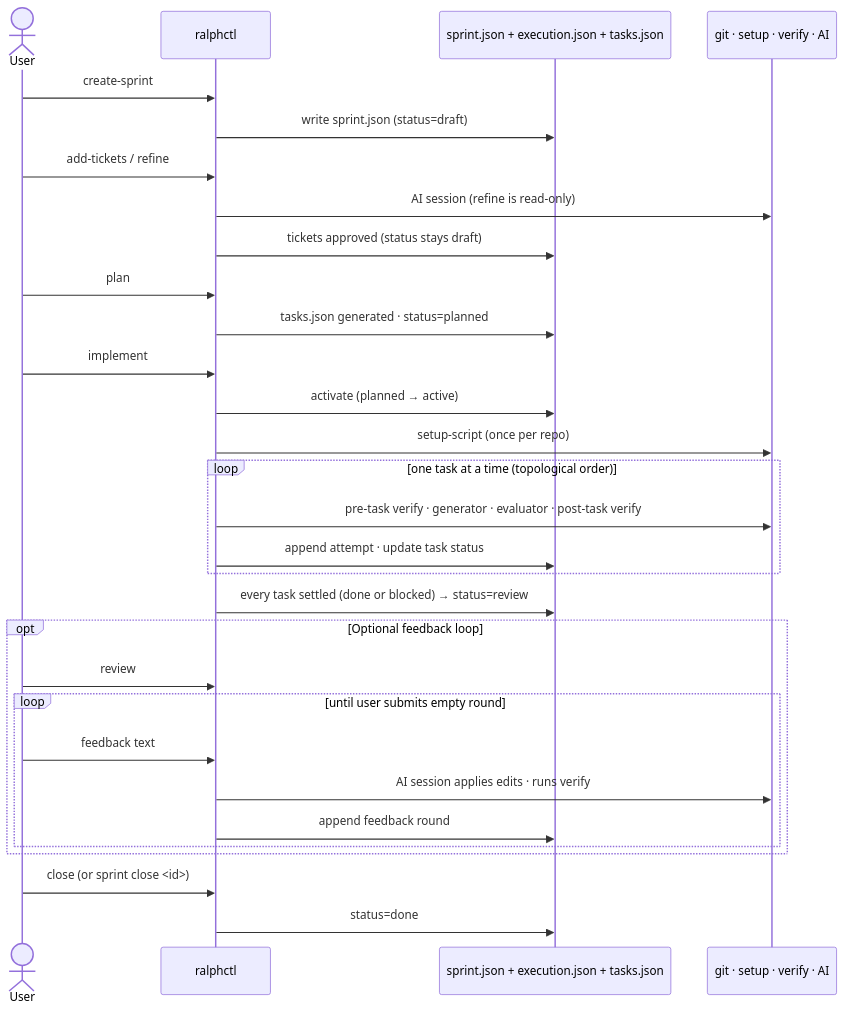
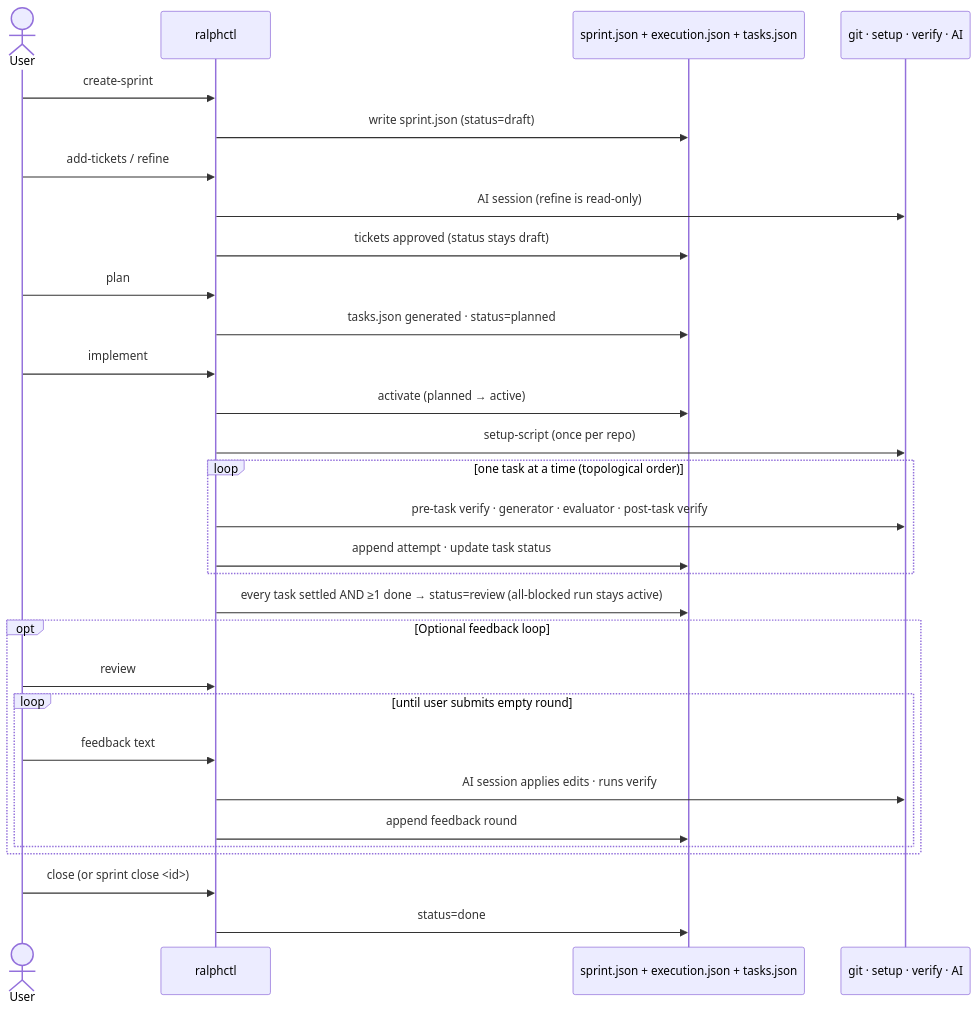
Before and after one commit to lukas-grigis/ralphctl: the diagram in .claude/docs/diagrams/02-sprint-lifecycle.md, drawn with Mermaid. The commit also changed other lines of this file and 6 other files, not shown here.

First line of the commit message:
docs: fix drift — crash-resume contract, cancel outcomes, 0.11.0 presets, ai.implement shape, diagram staleness

````diff
--- a/.claude/docs/diagrams/02-sprint-lifecycle.md
+++ b/.claude/docs/diagrams/02-sprint-lifecycle.md
@@ -9,40 +10,40 @@
 ```mermaid
 sequenceDiagram
     actor User
     participant CLI as ralphctl
     participant Sprint as sprint.json + execution.json + tasks.json
     participant Tools as git · setup · verify · AI
 
     User->>CLI: create-sprint
     CLI->>Sprint: write sprint.json (status=draft)
 
     User->>CLI: add-tickets / refine
     CLI->>Tools: AI session (refine is read-only)
     CLI->>Sprint: tickets approved (status stays draft)
 
     User->>CLI: plan
     CLI->>Sprint: tasks.json generated · status=planned
 
     User->>CLI: implement
     CLI->>Sprint: activate (planned → active)
     CLI->>Tools: setup-script (once per repo)
 
     loop one task at a time (topological order)
         CLI->>Tools: pre-task verify · generator · evaluator · post-task verify
         CLI->>Sprint: append attempt · update task status
     end
 
-    CLI->>Sprint: every task settled (done or blocked) → status=review
+    CLI->>Sprint: every task settled AND ≥1 done → status=review (all-blocked run stays active)
 
     opt Optional feedback loop
         User->>CLI: review
         loop until user submits empty round
             User->>CLI: feedback text
             CLI->>Tools: AI session applies edits · runs verify
             CLI->>Sprint: append feedback round
         end
     end
 
     User->>CLI: close (or sprint close <id>)
     CLI->>Sprint: status=done
 ```
````
